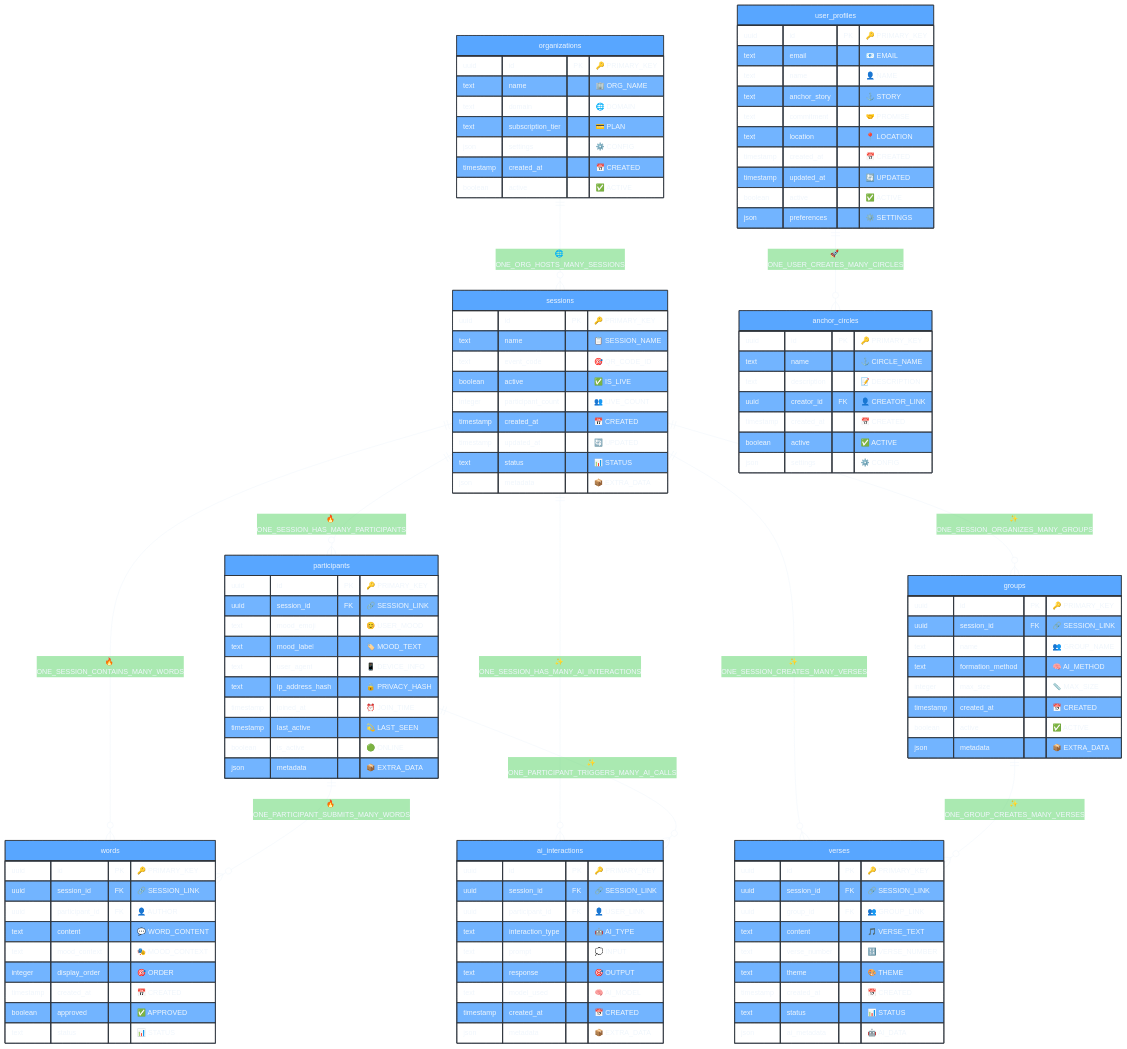
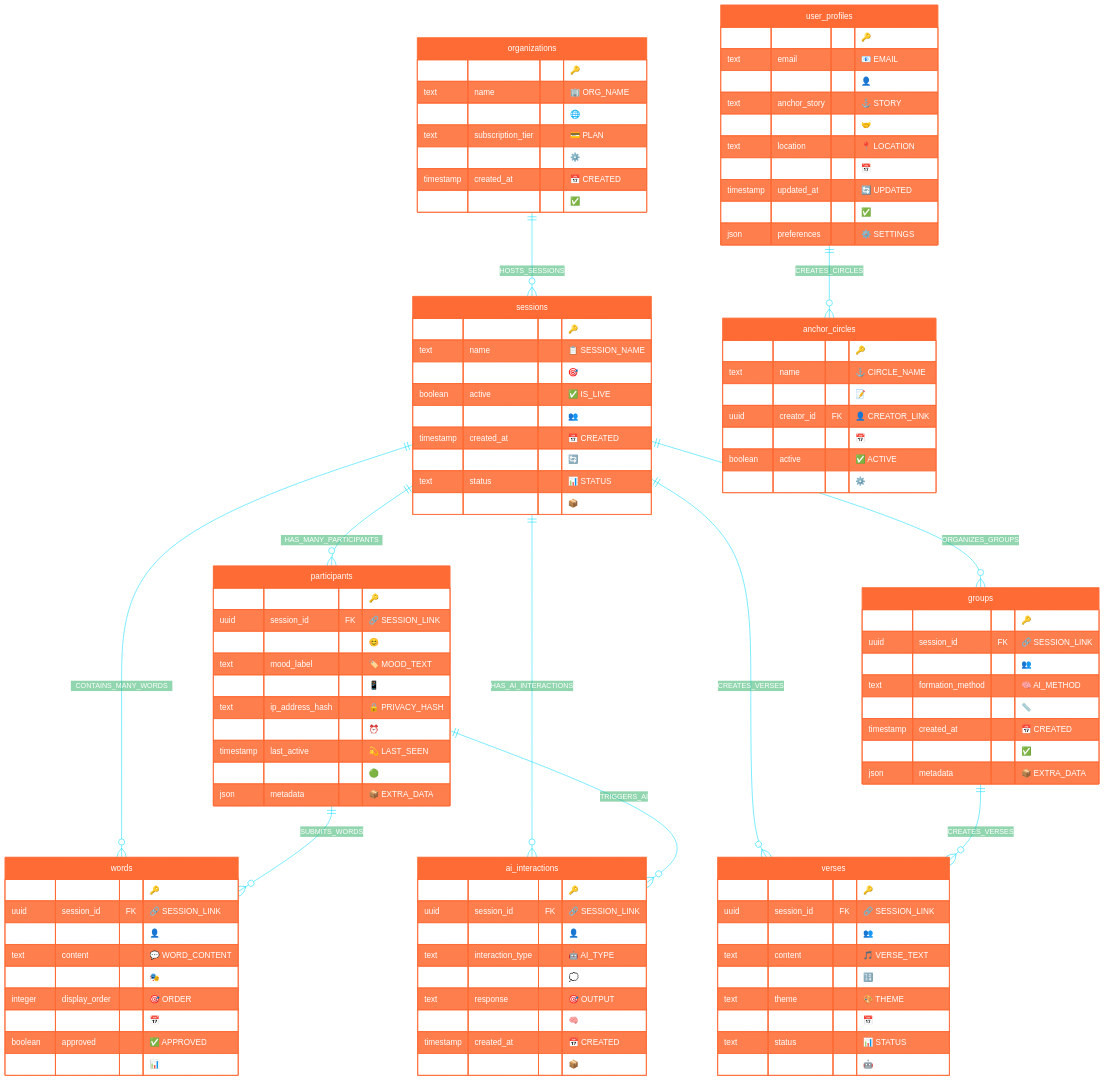
The diagram in database_diagram_only.md (asabaal/qcf2026experience), drawn with Mermaid before and after one commit.

Commit message:
separted diagram

````diff
--- a/database_diagram_only.md
+++ b/database_diagram_only.md
@@ -11,5 +11,5 @@
 ```mermaid
-%%{init: {'theme':'base', 'themeVariables': { 'background': '#0d1117', 'primaryColor': '#58a6ff', 'primaryTextColor': '#f0f6fc', 'primaryBorderColor': '#30363d', 'lineColor': '#f0f6fc', 'sectionBkColor': '#161b22', 'altSectionBkColor': '#21262d', 'gridColor': '#30363d', 'secondaryColor': '#ff7b72', 'tertiaryColor': '#56d364', 'quaternaryColor': '#d2a8ff', 'fontFamily': 'ui-monospace, monospace', 'fontSize': '14px'}}}%%
+%%{init: {'theme':'base', 'themeVariables': { 'background': '#000000', 'primaryColor': '#FF6B35', 'primaryTextColor': '#FFFFFF', 'primaryBorderColor': '#FF6B35', 'lineColor': '#00D9FF', 'sectionBkColor': '#2D5AA0', 'altSectionBkColor': '#8E44AD', 'gridColor': '#FFFFFF', 'secondaryColor': '#F39C12', 'tertiaryColor': '#27AE60', 'quaternaryColor': '#E74C3C', 'fontFamily': 'Arial Black, sans-serif', 'fontSize': '16px', 'fontWeight': 'bold'}}}%%
 erDiagram
     %% 🔥 PHASE 1: MVP 1.0 - CORE FOUNDATION
     sessions {
@@ -120,19 +120,19 @@
         boolean active "✅ ACTIVE"
     }
 
-    %% 🔗 RELATIONSHIPS - ONE-TO-MANY
-    sessions ||--o{ participants : "🔥 ONE_SESSION_HAS_MANY_PARTICIPANTS"
-    sessions ||--o{ words : "🔥 ONE_SESSION_CONTAINS_MANY_WORDS"
-    sessions ||--o{ groups : "✨ ONE_SESSION_ORGANIZES_MANY_GROUPS"
-    sessions ||--o{ verses : "✨ ONE_SESSION_CREATES_MANY_VERSES"
-    sessions ||--o{ ai_interactions : "✨ ONE_SESSION_HAS_MANY_AI_INTERACTIONS"
+    %% 🔗 RELATIONSHIPS
+    sessions ||--o{ participants : "HAS_MANY_PARTICIPANTS"
+    sessions ||--o{ words : "CONTAINS_MANY_WORDS"
+    sessions ||--o{ groups : "ORGANIZES_GROUPS"
+    sessions ||--o{ verses : "CREATES_VERSES"
+    sessions ||--o{ ai_interactions : "HAS_AI_INTERACTIONS"
     
-    participants ||--o{ words : "🔥 ONE_PARTICIPANT_SUBMITS_MANY_WORDS"
-    participants ||--o{ ai_interactions : "✨ ONE_PARTICIPANT_TRIGGERS_MANY_AI_CALLS"
+    participants ||--o{ words : "SUBMITS_WORDS"
+    participants ||--o{ ai_interactions : "TRIGGERS_AI"
     
-    groups ||--o{ verses : "✨ ONE_GROUP_CREATES_MANY_VERSES"
+    groups ||--o{ verses : "CREATES_VERSES"
     
-    user_profiles ||--o{ anchor_circles : "🚀 ONE_USER_CREATES_MANY_CIRCLES"
+    user_profiles ||--o{ anchor_circles : "CREATES_CIRCLES"
     
-    organizations ||--o{ sessions : "🌐 ONE_ORG_HOSTS_MANY_SESSIONS"
+    organizations ||--o{ sessions : "HOSTS_SESSIONS"
 ```
````
